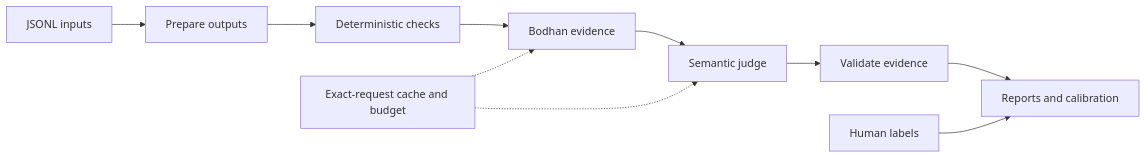
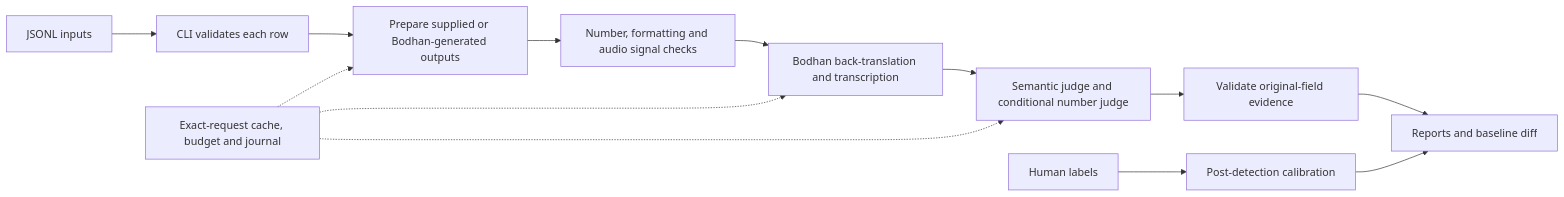
One commit to vivekvattem/Bodhan-AI-Cookbook changed the diagram in examples/quality_harness/ARCHITECTURE.md. Above: the diagram before and after it, drawn with Mermaid. The commit also changed other lines of this file and 12 other files, not shown here.

````diff
--- a/examples/quality_harness/ARCHITECTURE.md
+++ b/examples/quality_harness/ARCHITECTURE.md
@@ -5,12 +5,15 @@
 ```mermaid
 flowchart LR
-    A[JSONL inputs] --> B[Prepare outputs]
-    B --> C[Deterministic checks]
-    C --> D[Bodhan evidence]
-    D --> E[Semantic judge]
-    E --> F[Validate evidence]
-    F --> G[Reports and calibration]
-    H[Exact-request cache and budget] -.-> D
-    H -.-> E
-    I[Human labels] --> G
+  A[JSONL inputs] --> B[CLI validates each row]
+  B --> C[Prepare supplied or Bodhan-generated outputs]
+  C --> D[Number, formatting and audio signal checks]
+  D --> E[Bodhan back-translation and transcription]
+  E --> F[Semantic judge and conditional number judge]
+  F --> G[Validate original-field evidence]
+  G --> H[Reports and baseline diff]
+  L[Human labels] --> I[Post-detection calibration]
+  I --> H
+  K[Exact-request cache, budget and journal] -.-> C
+  K -.-> E
+  K -.-> F
 ```
````
